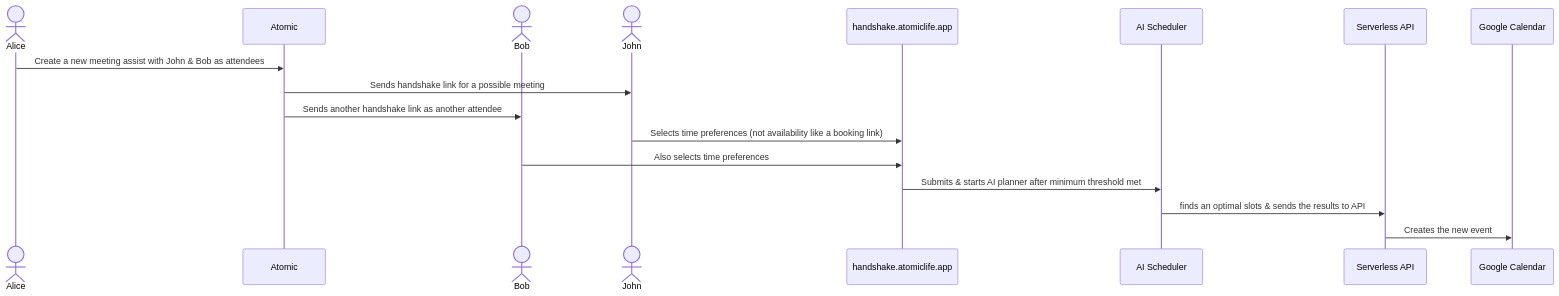
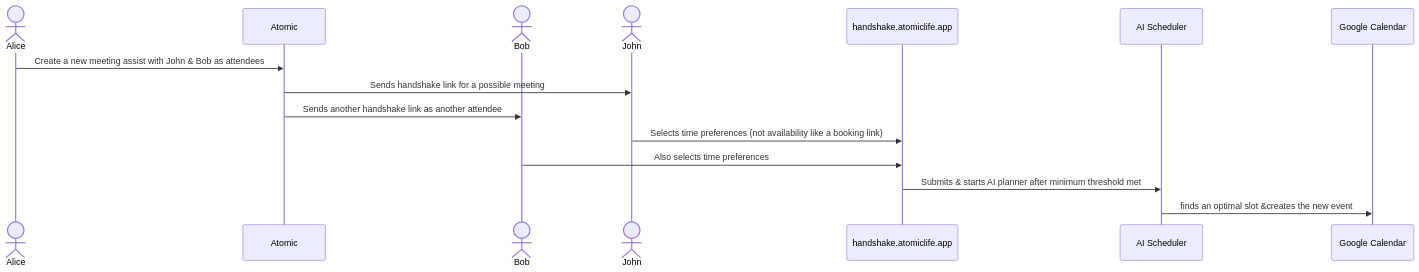
The diagram in README.md (rush86999/atomic), drawn with Mermaid before and after one commit.

Commit message:
shortened diagram

````diff
--- a/README.md
+++ b/README.md
@@ -85,20 +85,19 @@
 ```mermaid
     sequenceDiagram
     actor Alice
     participant A as Atomic
     actor Bob
     actor John
     participant H as handshake.atomiclife.app
     participant P as AI Scheduler
-    participant Y as Serverless API
+
     participant G as Google Calendar
     Alice->>A: Create a new meeting assist with John & Bob as attendees
     A->>John: Sends handshake link for a possible meeting
     A->>Bob: Sends another handshake link as another attendee 
     John->>H: Selects time preferences (not availability like a booking link)
     Bob->>H: Also selects time preferences
     H->>P: Submits & starts AI planner after minimum threshold met
-    P->>Y: finds an optimal slots & sends the results to API
-    Y->>G: Creates the new event
+    P->>G: finds an optimal slot &creates the new event
 
 ```
````
